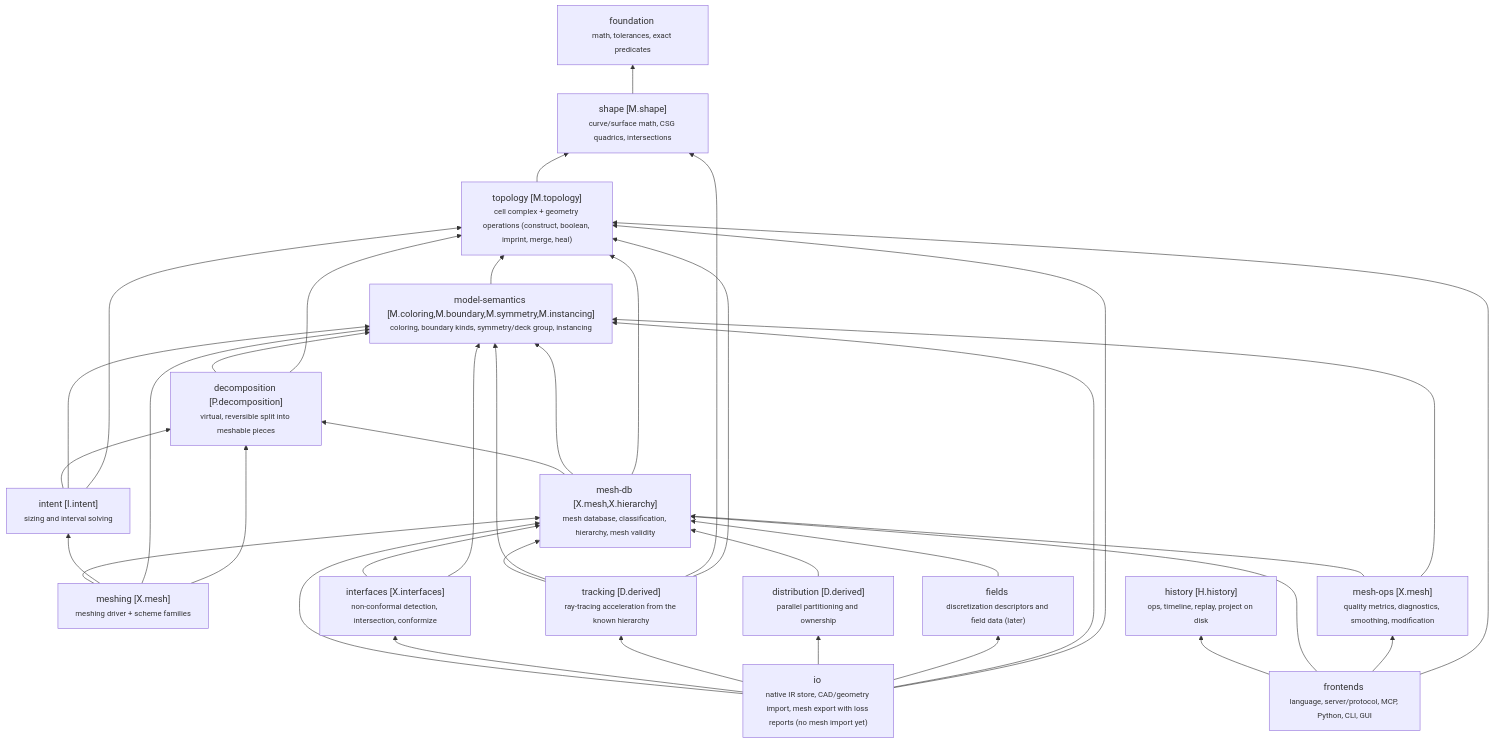
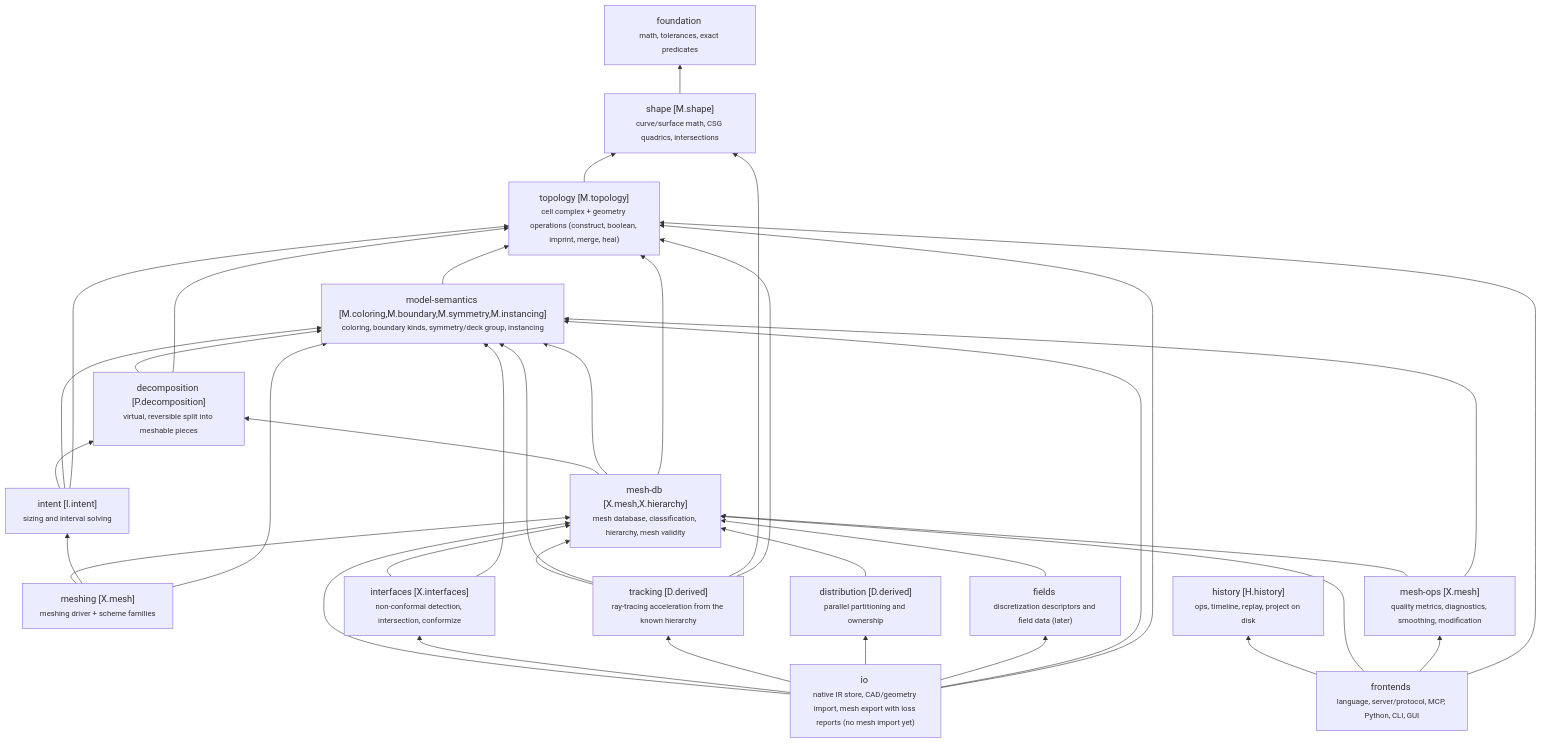
One commit to deOliveira-R/smart-mesher changed the diagram in docs/graph/domains.mmd. Above: the diagram before and after it, drawn with Mermaid. The commit also changed 8 other files, not shown here.

```diff
--- a/docs/graph/domains.mmd
+++ b/docs/graph/domains.mmd
@@ -1,53 +1,52 @@
 graph BT
   foundation["foundation <br/><small>math, tolerances, exact predicates</small>"]
   shape["shape [M.shape]<br/><small>curve/surface math, CSG quadrics, intersections</small>"]
   topology["topology [M.topology]<br/><small>cell complex + geometry operations (construct, boolean, imprint, merge, heal)</small>"]
   model_semantics["model-semantics [M.coloring,M.boundary,M.symmetry,M.instancing]<br/><small>coloring, boundary kinds, symmetry/deck group, instancing</small>"]
   decomposition["decomposition [P.decomposition]<br/><small>virtual, reversible split into meshable pieces</small>"]
   intent["intent [I.intent]<br/><small>sizing and interval solving</small>"]
   meshing["meshing [X.mesh]<br/><small>meshing driver + scheme families</small>"]
   mesh_db["mesh-db [X.mesh,X.hierarchy]<br/><small>mesh database, classification, hierarchy, mesh validity</small>"]
   mesh_ops["mesh-ops [X.mesh]<br/><small>quality metrics, diagnostics, smoothing, modification</small>"]
   interfaces["interfaces [X.interfaces]<br/><small>non-conformal detection, intersection, conformize</small>"]
   tracking["tracking [D.derived]<br/><small>ray-tracing acceleration from the known hierarchy</small>"]
   distribution["distribution [D.derived]<br/><small>parallel partitioning and ownership</small>"]
   fields["fields <br/><small>discretization descriptors and field data (later)</small>"]
   io["io <br/><small>native IR store, CAD/geometry import, mesh export with loss reports (no mesh import yet)</small>"]
   history["history [H.history]<br/><small>ops, timeline, replay, project on disk</small>"]
   frontends["frontends <br/><small>language, server/protocol, MCP, Python, CLI, GUI</small>"]
   shape --> foundation
   topology --> shape
   model_semantics --> topology
   decomposition --> model_semantics
   decomposition --> topology
   intent --> decomposition
   intent --> model_semantics
   intent --> topology
   mesh_db --> decomposition
   mesh_db --> model_semantics
   mesh_db --> topology
   meshing --> mesh_db
   meshing --> intent
   meshing --> model_semantics
-  meshing --> decomposition
   mesh_ops --> mesh_db
   mesh_ops --> model_semantics
   interfaces --> mesh_db
   interfaces --> model_semantics
   tracking --> mesh_db
   tracking --> model_semantics
   tracking --> shape
   tracking --> topology
   distribution --> mesh_db
   fields --> mesh_db
   io --> mesh_db
   io --> interfaces
   io --> tracking
   io --> distribution
   io --> fields
   io --> model_semantics
   io --> topology
   frontends --> history
   frontends --> mesh_db
   frontends --> mesh_ops
   frontends --> topology
```
